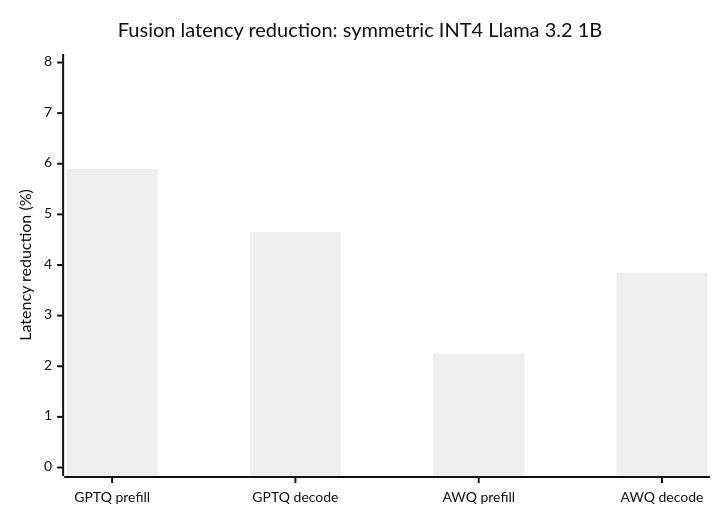
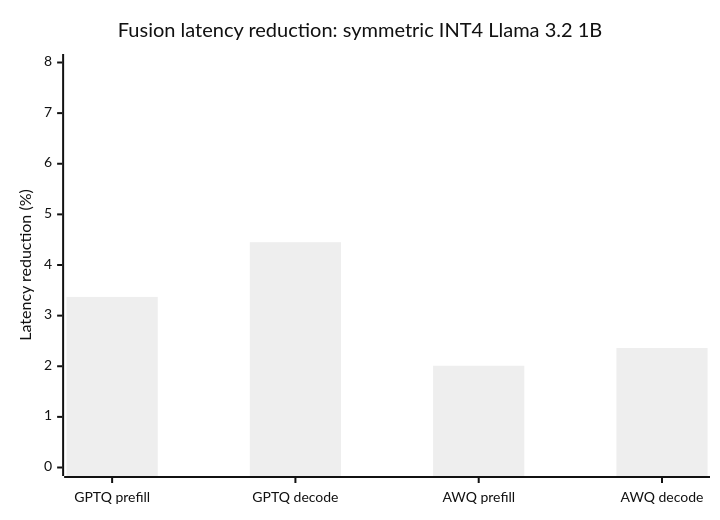
The fifth of 5 diagrams in docs/fusion-planner.md (ModelCloud/GPTQModel), drawn with Mermaid (neutral theme) before and after one commit. The commit also changed other lines of this file and 30 other files, not shown here.

````diff
--- a/docs/fusion-planner.md
+++ b/docs/fusion-planner.md
@@ -376,7 +436,7 @@
 ```mermaid
 xychart-beta
     title "Fusion latency reduction: symmetric INT4 Llama 3.2 1B"
     x-axis ["GPTQ prefill", "GPTQ decode", "AWQ prefill", "AWQ decode"]
     y-axis "Latency reduction (%)" 0 --> 8
-    bar [5.90, 4.65, 2.25, 3.85]
+    bar [3.37, 4.45, 2.01, 2.36]
 ```
````
